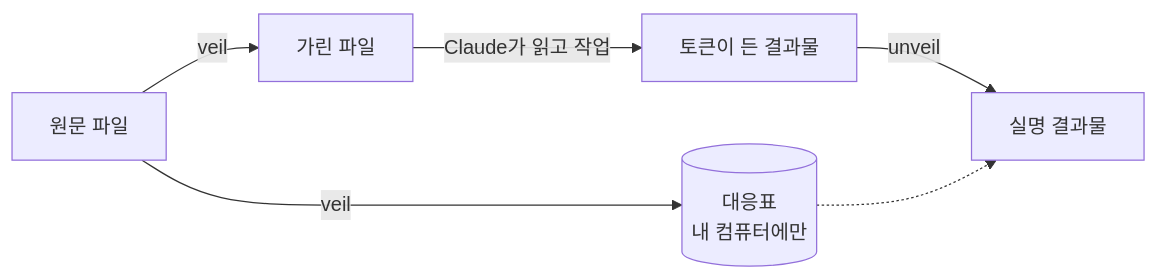
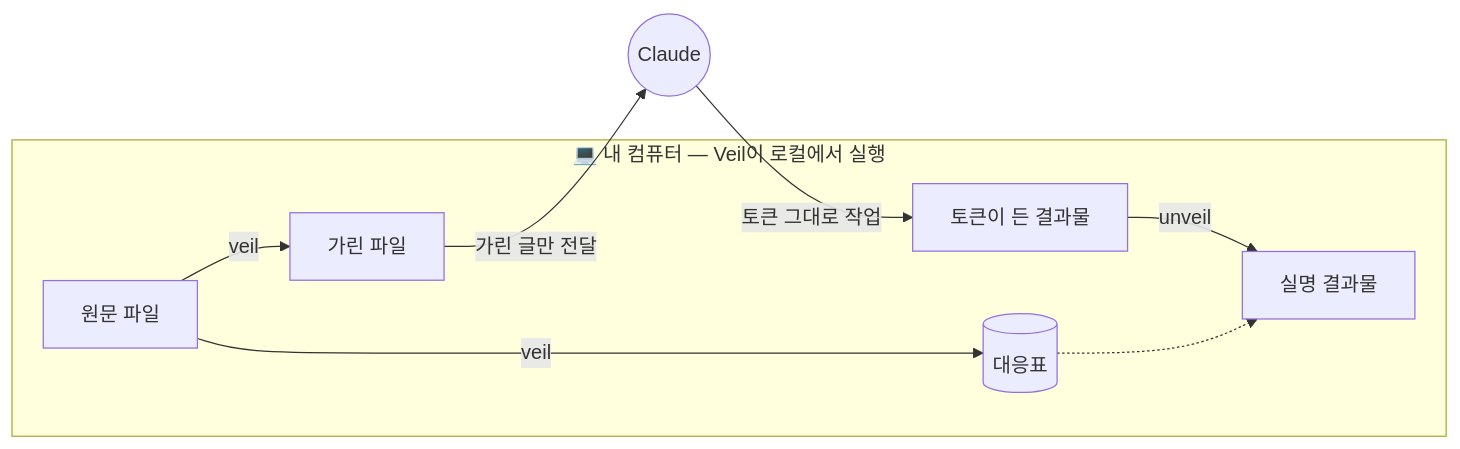
The diagram in README.ko.md (min-1225/veil-skill), drawn with Mermaid before and after one commit. The commit also changed other lines of this file and 1 other file, not shown here.

First line of the commit message:
Polish README: 10-second start, API keys, local-first, confident FAQ

````diff
--- a/README.ko.md
+++ b/README.ko.md
@@ -52,8 +57,11 @@
 ```mermaid
 flowchart LR
-    A[원문 파일] -->|veil| B[가린 파일]
-    A -->|veil| M[(대응표<br/>내 컴퓨터에만)]
-    B -->|Claude가 읽고 작업| C[토큰이 든 결과물]
-    C -->|unveil| D[실명 결과물]
-    M -.-> D
+    subgraph local["💻 내 컴퓨터 — Veil이 로컬에서 실행"]
+        A[원문 파일] -->|veil| B[가린 파일]
+        A -->|veil| M[(대응표)]
+        C[토큰이 든 결과물] -->|unveil| D[실명 결과물]
+        M -.-> D
+    end
+    B -->|가린 글만 전달| CL((Claude))
+    CL -->|토큰 그대로 작업| C
 ```
````
